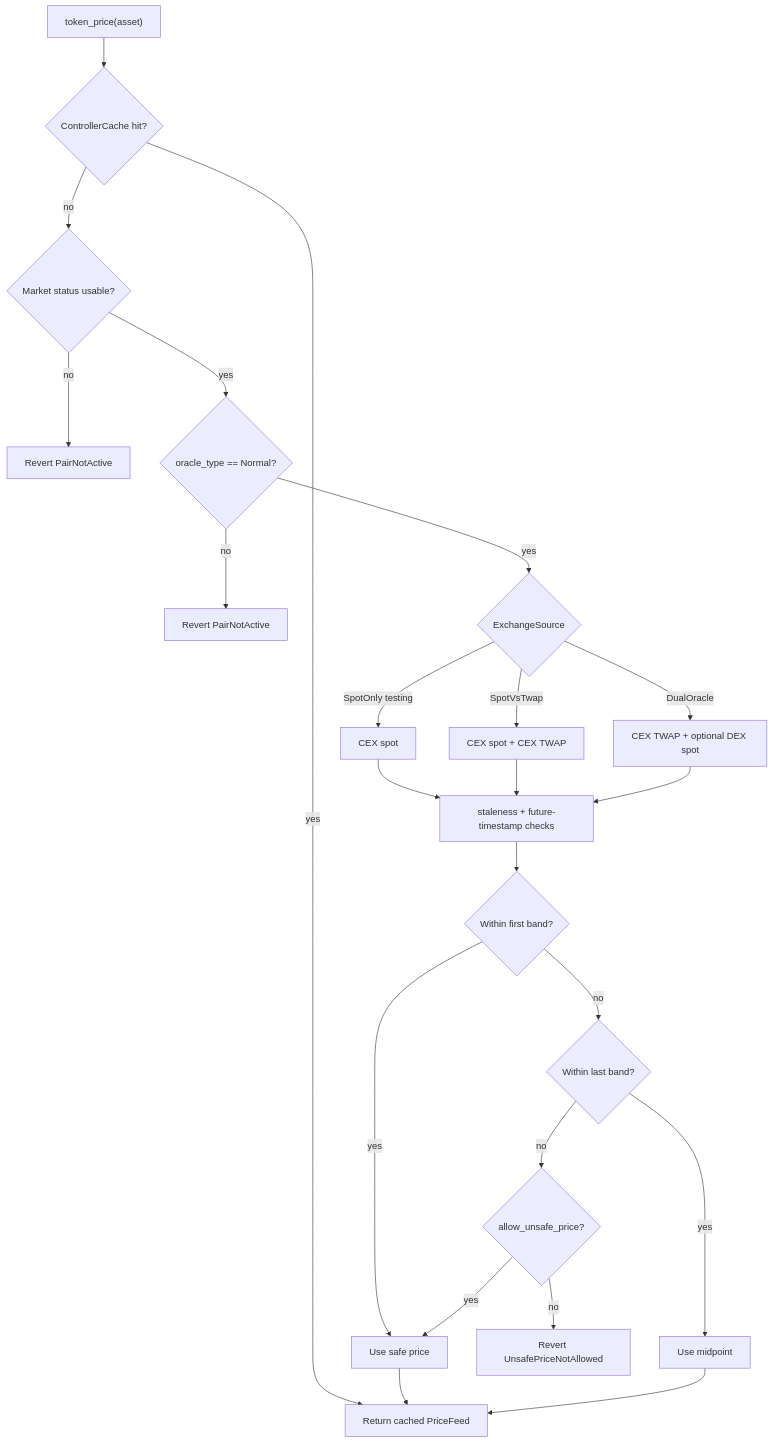
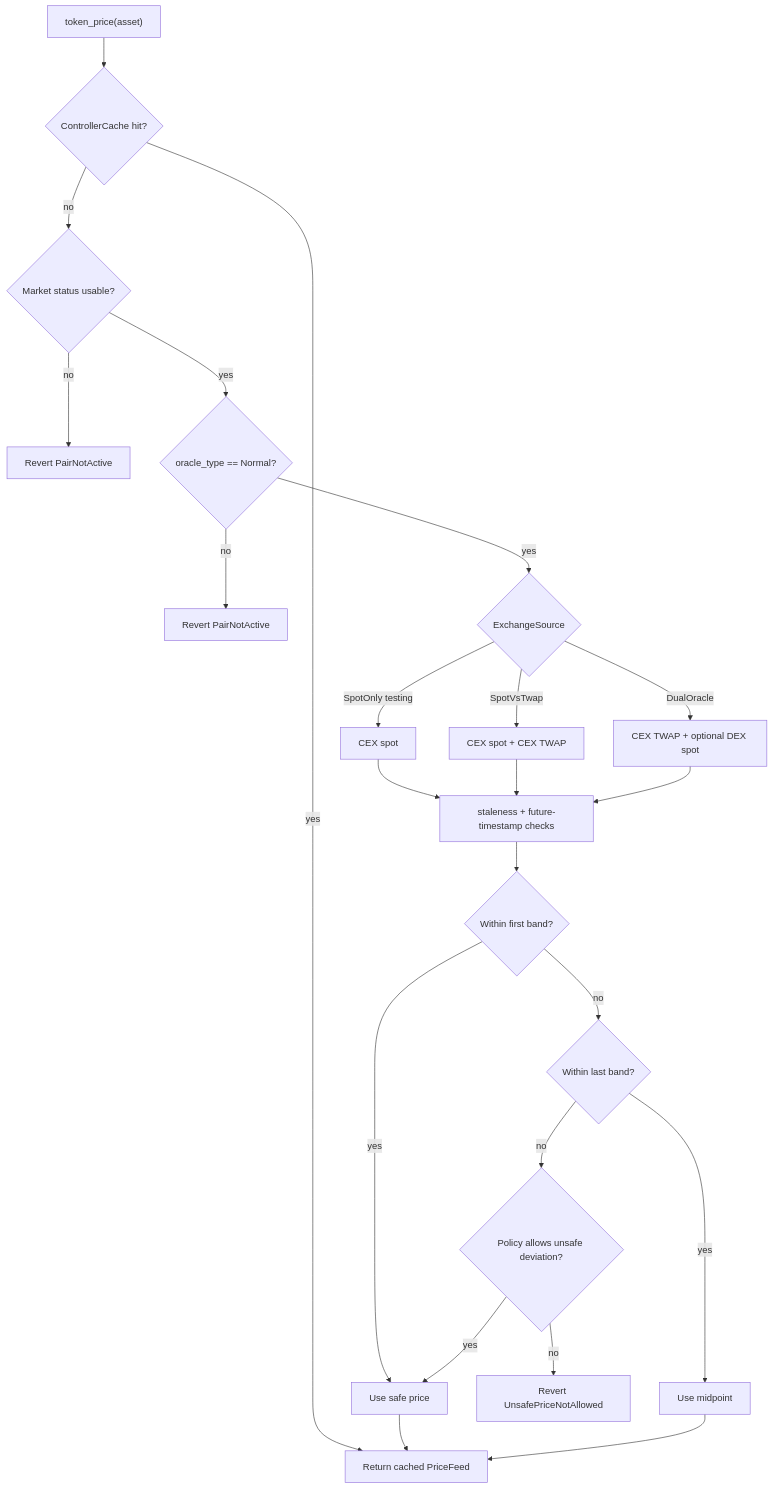
The fifth of 14 diagrams in SCF_BUILD_ARCHITECTURE.md (XOXNO/rs-lending-xlm), drawn with Mermaid before and after one commit. The commit also changed other lines of this file and 52 other files, not shown here.

````diff
--- a/SCF_BUILD_ARCHITECTURE.md
+++ b/SCF_BUILD_ARCHITECTURE.md
@@ -469,25 +469,25 @@
 ```mermaid
 flowchart TD
     A["token_price(asset)"] --> B{"ControllerCache hit?"}
     B -->|yes| Z["Return cached PriceFeed"]
     B -->|no| C{"Market status usable?"}
     C -->|no| R1["Revert PairNotActive"]
     C -->|yes| D{"oracle_type == Normal?"}
     D -->|no| R2["Revert PairNotActive"]
     D -->|yes| E{"ExchangeSource"}
     E -->|SpotOnly testing| S["CEX spot"]
     E -->|SpotVsTwap| ST["CEX spot + CEX TWAP"]
     E -->|DualOracle| DT["CEX TWAP + optional DEX spot"]
     S --> F["staleness + future-timestamp checks"]
     ST --> F
     DT --> F
     F --> G{"Within first band?"}
     G -->|yes| H["Use safe price"]
     G -->|no| I{"Within last band?"}
     I -->|yes| J["Use midpoint"]
-    I -->|no| K{"allow_unsafe_price?"}
+    I -->|no| K{"Policy allows unsafe deviation?"}
     K -->|yes| H
     K -->|no| R3["Revert UnsafePriceNotAllowed"]
     H --> Z
     J --> Z
 ```
````
